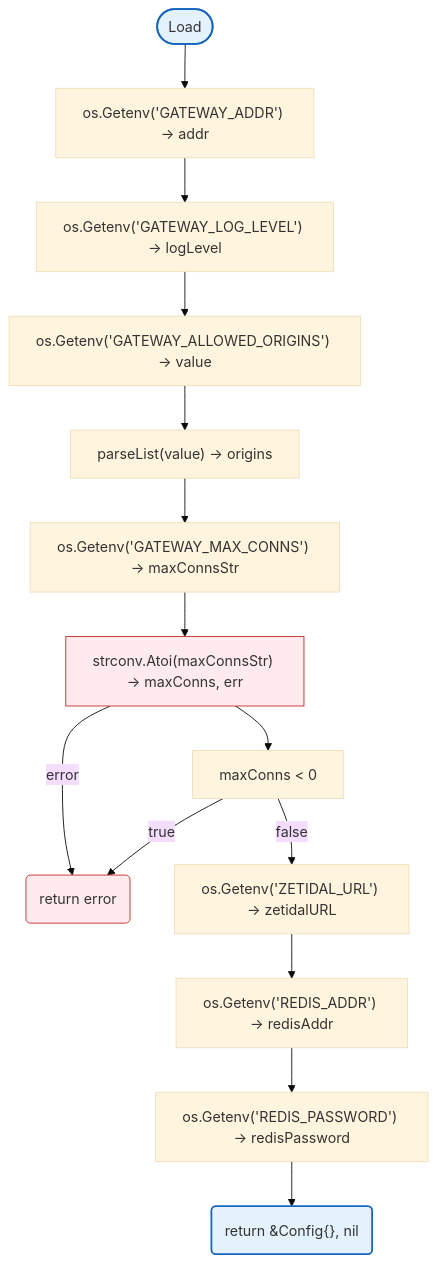
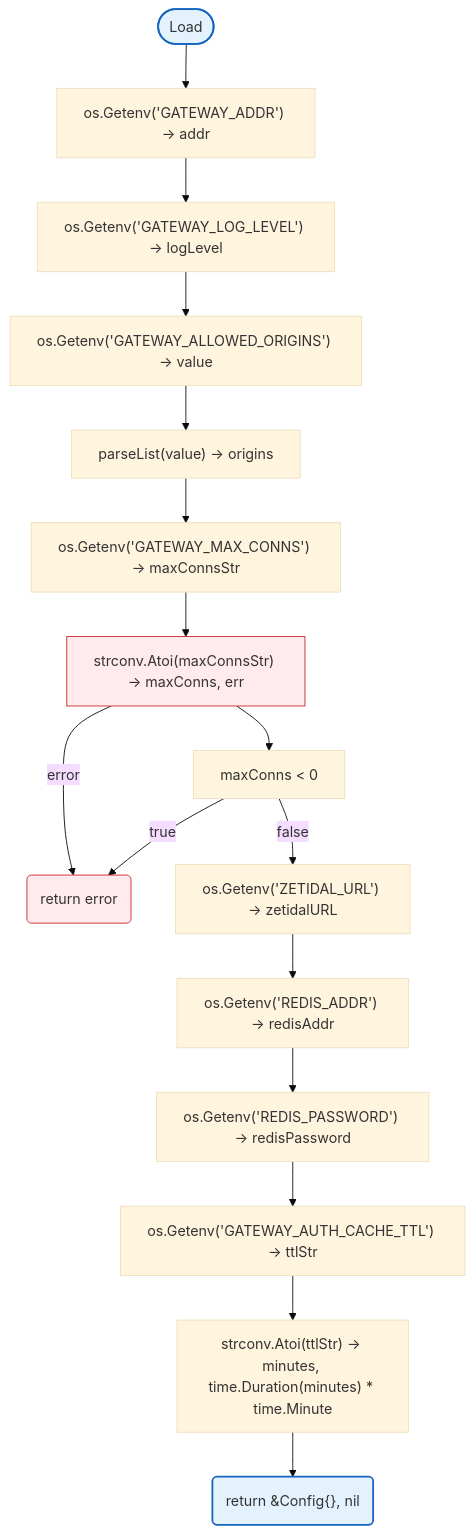
The first of 2 diagrams in docs/config/README.md (radch-ai/ava), drawn with Mermaid (base theme) before and after one commit. The commit also changed other lines of this file and 8 other files, not shown here.

First line of the commit message:
feat(config): improve gateway configuration and LLM initialization

````diff
--- a/docs/config/README.md
+++ b/docs/config/README.md
@@ -9,22 +9,24 @@
 ```mermaid
 flowchart TB
     Start([Load]) --> GetAddr["os.Getenv('GATEWAY_ADDR') → addr"]
     GetAddr --> GetLevel["os.Getenv('GATEWAY_LOG_LEVEL') → logLevel"]
     GetLevel --> GetOrigins["os.Getenv('GATEWAY_ALLOWED_ORIGINS') → value"]
     GetOrigins --> ParseOrigins["parseList(value) → origins"]
     ParseOrigins --> GetMaxConns["os.Getenv('GATEWAY_MAX_CONNS') → maxConnsStr"]
     GetMaxConns --> ParseMax["strconv.Atoi(maxConnsStr) → maxConns, err"]
     ParseMax -->|error| DoneErr("return error")
     ParseMax --> CheckNeg["maxConns < 0"]
     CheckNeg -->|true| DoneErr
     CheckNeg -->|false| GetZetidalURL["os.Getenv('ZETIDAL_URL') → zetidalURL"]
     GetZetidalURL --> GetRedis["os.Getenv('REDIS_ADDR') → redisAddr"]
     GetRedis --> GetRedisPwd["os.Getenv('REDIS_PASSWORD') → redisPassword"]
-    GetRedisPwd --> DoneOk("return &Config{}, nil")
+    GetRedisPwd --> GetAuthTTL["os.Getenv('GATEWAY_AUTH_CACHE_TTL') → ttlStr"]
+    GetAuthTTL --> ParseTTL["strconv.Atoi(ttlStr) → minutes, time.Duration(minutes) * time.Minute"]
+    ParseTTL --> DoneOk("return &Config{}, nil")
 
     classDef mainFn fill:#e3f2fd,stroke:#1565c0,stroke-width:2px
     classDef errorFlow fill:#ffebee,stroke:#c62828,stroke-width:1px
 
     class Start,DoneOk mainFn
     class ParseMax,DoneErr errorFlow
 ```
````
